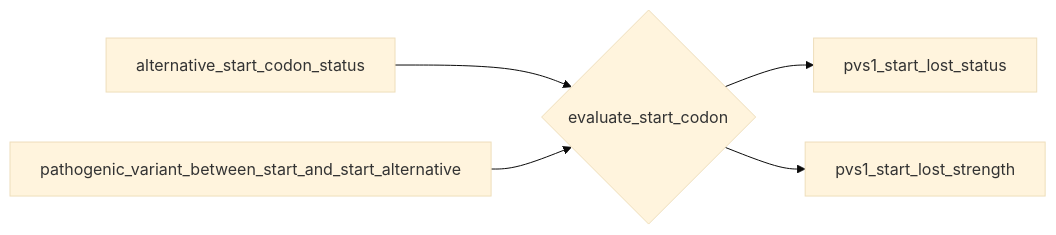
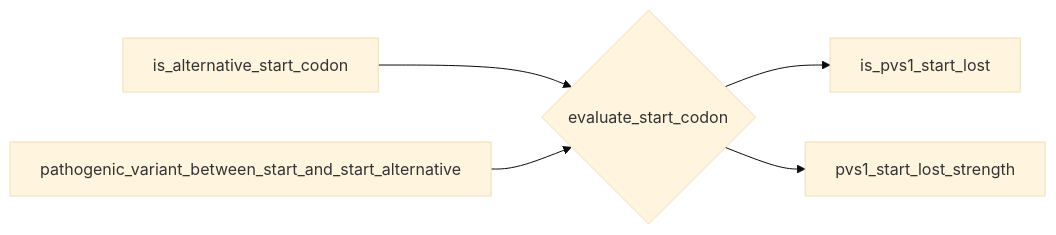
Before and after one commit to akatzke/HerediClassify: diagram 17 of 30 in Software_design/Mermaid.org, drawn with Mermaid (base theme). The commit also changed other lines of this file and 8 other files, not shown here.

```diff
--- a/Software_design/Mermaid.org
+++ b/Software_design/Mermaid.org
@@ -260,7 +324,7 @@
 #+begin_src mermaid :file pvs1_refine_start_lost.png
 flowchart LR
-   esc --> pvs1_start_lost_status
+   esc --> is_pvs1_start_lost
    esc --> pvs1_start_lost_strength
-   alternative_start_codon_status --> esc{evaluate_start_codon}
+   is_alternative_start_codon --> esc{evaluate_start_codon}
    pathogenic_variant_between_start_and_start_alternative --> esc
 #+end_src
```
